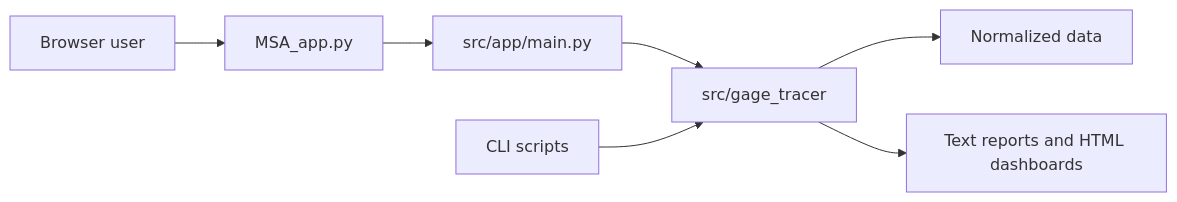
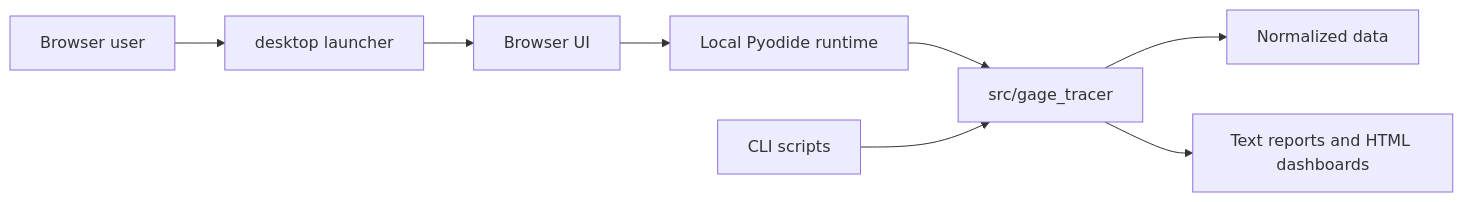
The diagram in README.md (JoseHerrera96/MSA_gage_handy_tool), drawn with Mermaid before and after one commit. The commit also changed other lines of this file and 167 other files, not shown here.

Commit message:
add Type 1 individual reports and harden desktop security

````diff
--- a/README.md
+++ b/README.md
@@ -71,9 +66,10 @@
 ```mermaid
 flowchart LR
-		Browser[Browser user] --> Launcher[MSA_app.py]
-		Launcher --> UI[src/app/main.py]
-		UI --> Domain[src/gage_tracer]
-		CLI[CLI scripts] --> Domain
-		Domain --> Data[Normalized data]
-		Domain --> Reports[Text reports and HTML dashboards]
+        Browser[Browser user] --> Launcher[desktop launcher]
+        Launcher --> UI[Browser UI]
+        UI --> Pyodide[Local Pyodide runtime]
+        Pyodide --> Domain[src/gage_tracer]
+        CLI[CLI scripts] --> Domain
+        Domain --> Data[Normalized data]
+        Domain --> Reports[Text reports and HTML dashboards]
 ```
````
